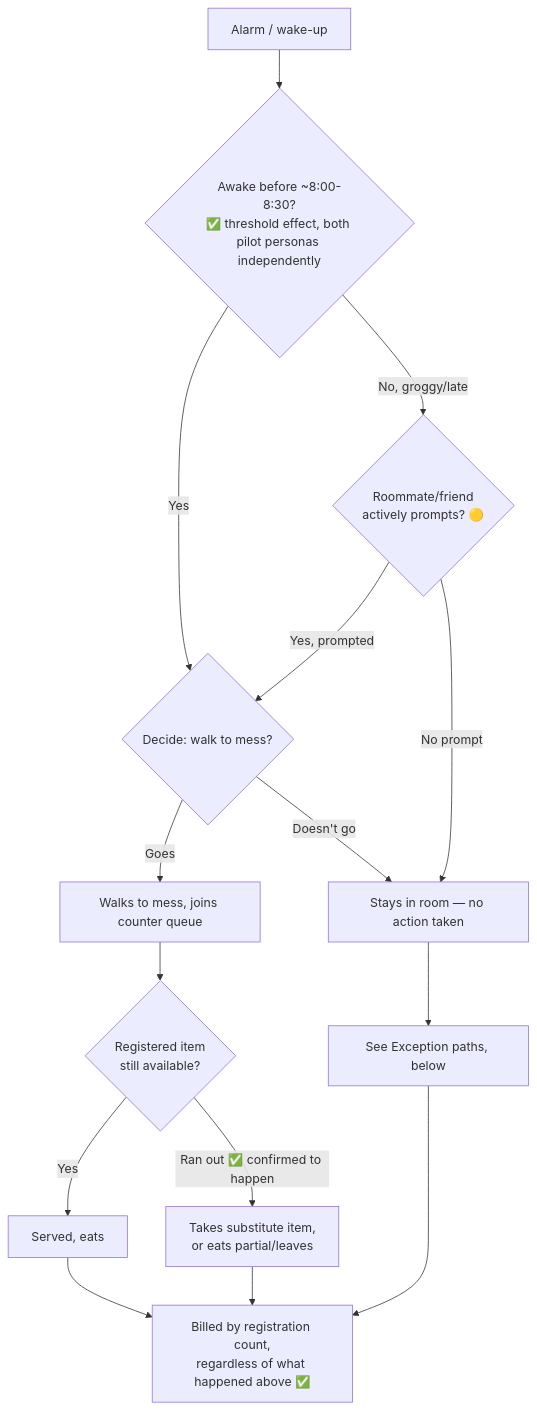
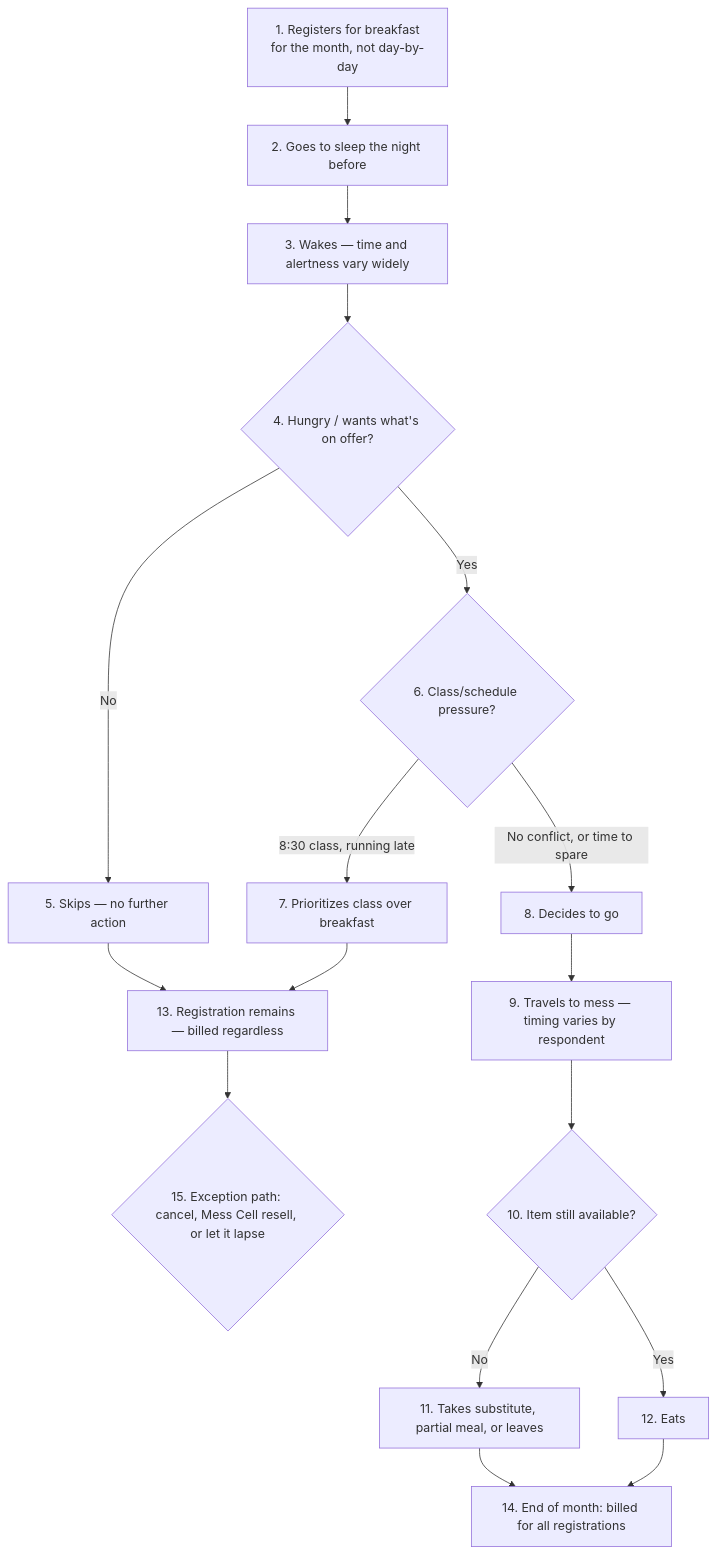
One commit to sricharanperi/breakfast-paradox-systems-thinking changed the first of 2 diagrams in deliverables/phase-1/prathyusha_04-process-trace.md. Above: the diagram before and after it, drawn with Mermaid. The commit also changed other lines of this file and 5 other files, not shown here.

````diff
--- a/deliverables/phase-1/prathyusha_04-process-trace.md
+++ b/deliverables/phase-1/prathyusha_04-process-trace.md
@@ -49,18 +66,19 @@
 ```mermaid
-flowchart TD
-    D1[Alarm / wake-up] --> D2{Awake before ~8:00-8:30?\n✅ threshold effect, both pilot personas independently}
-    D2 -->|Yes| D3{Decide: walk to mess?}
-    D2 -->|No, groggy/late| D4{Roommate/friend\nactively prompts? 🟡}
-    D4 -->|Yes, prompted| D3
-    D4 -->|No prompt| D6[Stays in room — no action taken]
-    D3 -->|Goes| D5[Walks to mess, joins counter queue]
-    D3 -->|Doesn't go| D6
-    D5 --> D7{Registered item\nstill available?}
-    D7 -->|Yes| D8[Served, eats]
-    D7 -->|Ran out ✅ confirmed to happen| D9[Takes substitute item,\nor eats partial/leaves]
-    D6 --> EX[See Exception paths, below]
-    D8 --> BILL
-    D9 --> BILL
-    EX --> BILL
-    BILL[Billed by registration count,\nregardless of what happened above ✅]
+flowchart TB
+    S1[1. Registers for breakfast\nfor the month, not day-by-day] --> S2[2. Goes to sleep the night before]
+    S2 --> S3[3. Wakes — time and alertness vary widely]
+    S3 --> S4{4. Hungry / wants what's on offer?}
+    S4 -->|No| S5[5. Skips — no further action]
+    S4 -->|Yes| S6{6. Class/schedule pressure?}
+    S6 -->|8:30 class, running late| S7[7. Prioritizes class over breakfast]
+    S6 -->|No conflict, or time to spare| S8[8. Decides to go]
+    S8 --> S9[9. Travels to mess — timing varies by respondent]
+    S9 --> S10{10. Item still available?}
+    S10 -->|No| S11[11. Takes substitute, partial meal, or leaves]
+    S10 -->|Yes| S12[12. Eats]
+    S5 --> S13[13. Registration remains — billed regardless]
+    S7 --> S13
+    S11 --> S14[14. End of month: billed for all registrations]
+    S12 --> S14
+    S13 --> S15{15. Exception path: cancel, Mess Cell resell, or let it lapse}
 ```
````
